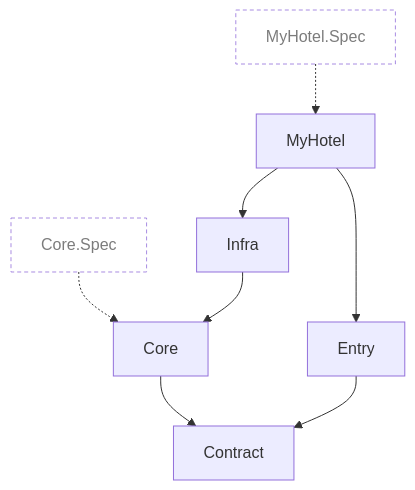
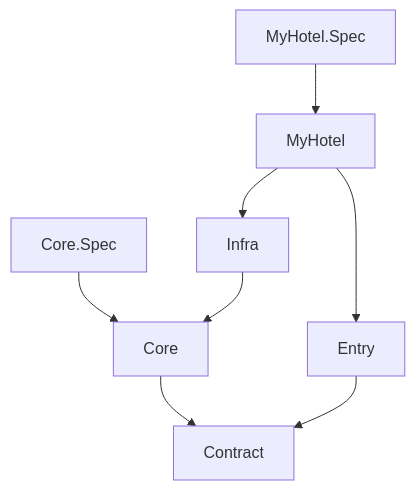
One commit to joakimsigvald/TSpec changed the diagram in SampleProjects/MyHotel/Architecture.Spec/_specification.md. Above: the diagram before and after it, drawn with Mermaid. The commit also changed other lines of this file and 19 other files, not shown here.

````diff
--- a/SampleProjects/MyHotel/Architecture.Spec/_specification.md
+++ b/SampleProjects/MyHotel/Architecture.Spec/_specification.md
@@ -5,20 +5,20 @@
 ```mermaid
 flowchart TD
     MyHotel
     Contract
     Core
-    Core_Spec["Core.Spec"]:::spec
+    Core_Spec["Core.Spec"]
     Entry
     Infra
-    MyHotel_Spec["MyHotel.Spec"]:::spec
+    MyHotel_Spec["MyHotel.Spec"]
     MyHotel --> Entry
     MyHotel --> Infra
     Core --> Contract
-    Core_Spec -.-> Core
+    Core_Spec --> Core
     Entry --> Contract
     Infra --> Core
-    MyHotel_Spec -.-> MyHotel
+    MyHotel_Spec --> MyHotel
     click MyHotel "../MyHotel.Spec/_specification/README.md"
     click Core "../Core.Spec/_specification/README.md"
     classDef spec fill:none,stroke-dasharray:4 3,opacity:0.8
 ```
````
